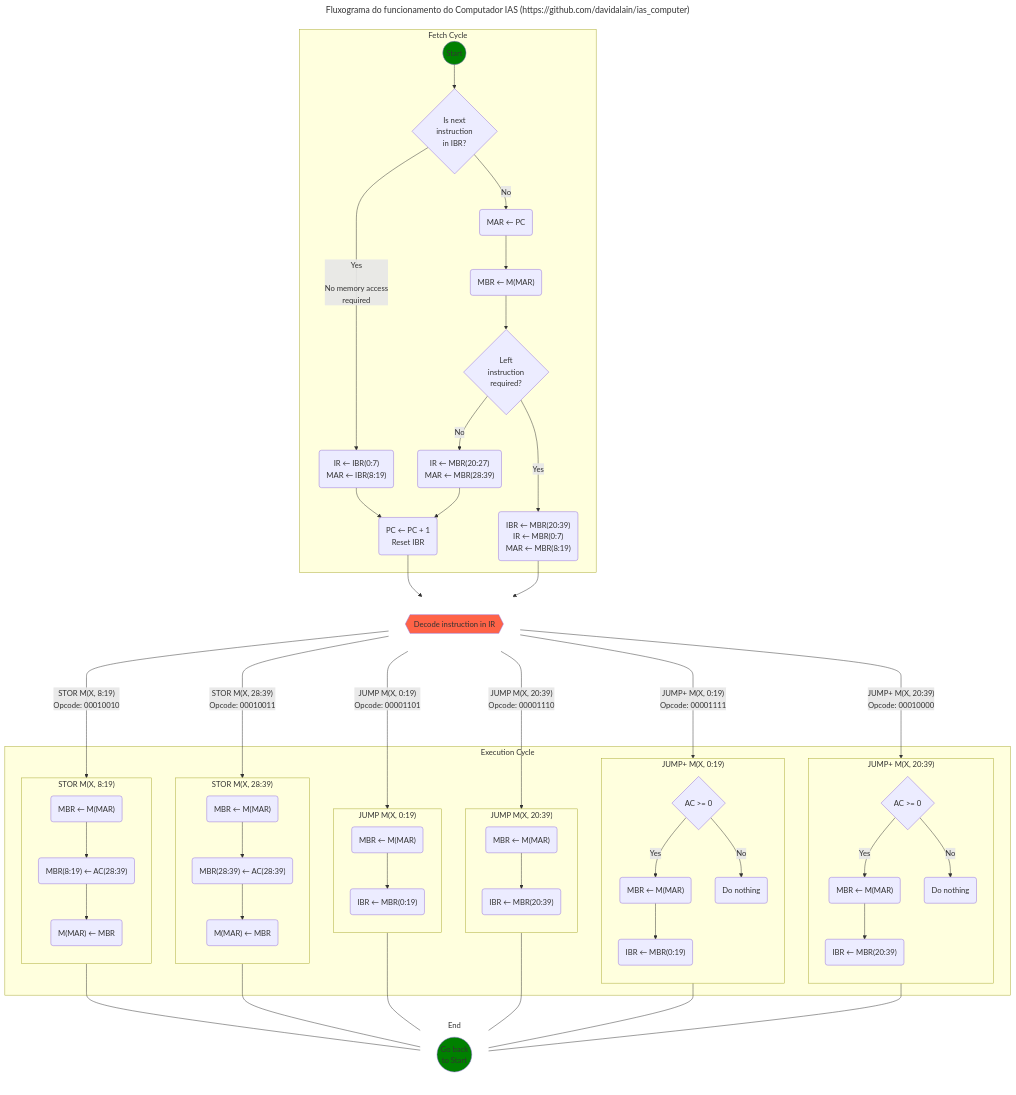
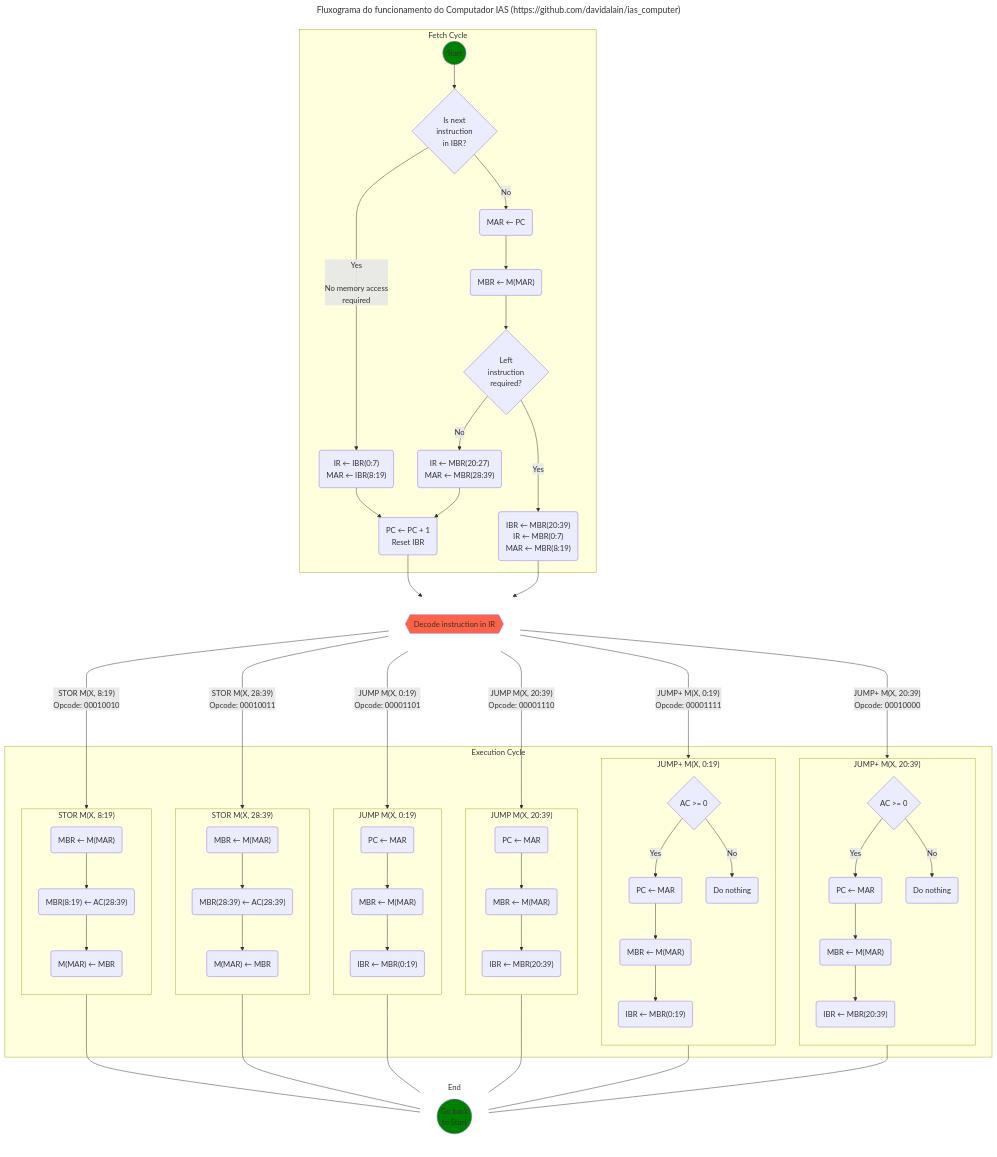
The diagram in mmd_files/flowchart_instrucoes_desvios_e_modificacao_endereco.mmd (davidalain/ias_computer), drawn with Mermaid before and after one commit. The commit also changed 1 other file, not shown here.

```diff
--- a/mmd_files/flowchart_instrucoes_desvios_e_modificacao_endereco.mmd
+++ b/mmd_files/flowchart_instrucoes_desvios_e_modificacao_endereco.mmd
@@ -1,165 +1,176 @@
 ---
 title:  Fluxograma do funcionamento do Computador IAS (https://github.com/davidalain/ias_computer)
 ---
 flowchart TB
 
 subgraph _fetch_cycle_ [Fetch Cycle]
     START((Start)):::greenClass --> B{"Is next
     instruction 
     in IBR?"}
     B --> |"Yes
 
     No memory access
     required"| F("IR ← IBR(0:7)
     MAR ← IBR(8:19)")
     F --> I
     B --> |No| C("MAR ← PC")
     C --> D("MBR ← M(MAR)")
     D --> E{"Left
     instruction
     required?"}
     E --> |No| H("IR ← MBR(20:27)
     MAR ← MBR(28:39)")
     E --> |Yes| G("IBR ← MBR(20:39)
     IR ← MBR(0:7)
     MAR ← MBR(8:19)")
     H --> I("PC ← PC + 1
     Reset IBR")
 end
 
 subgraph _decode_ [ ]
     I --> DECODE
     G --> DECODE
     DECODE{{"Decode instruction in IR"}}:::orangeClass
 
     style _decode_ fill:transparent,stroke:transparent
 
     direction TB
 end
 
 
 subgraph _execution_cycle_ [Execution Cycle]
 
     %%%% Instruções de desvio condicional, desvio incondicional e modificação de endereço
     %% [Eliane de Melo Cordeiro](https://github.com/ElianeCordeiro)
     %% [Flávio Filipe França Farias](https://github.com/trewq010)
     %% [Maria Eduarda Veloso Cânha](https://github.com/dudacanha)
     %% [Laura Maria Farias Silva](https://github.com/laura-farias-dev)
     %% [Wanessa Santana Ferreira](https://github.com/Wanessaa)
 
     DECODE --> |"STOR M(X, 8:19)
     Opcode: 00010010" | STOR_MXL
 
     %% A instrução STOR M(X, 8:19) substitui os bits de endereço da instrução esquerda, do bit 28 ao 39, de um local de memória chamado M(X), pelos bits do 28 ao 39 do acumulador (AC). Para isso, o processo passa pelo Registrador de Memória do Barramento (MBR), pois o AC não tem acesso direto à memória. Dessa forma, o conteúdo da memória tem que ser transferido para o MBR, que pode acessar tanto a memória quanto o AC. Então, o MBR substitui os bits do 8 ao 19 pelo conteúdo dos bits do 28 ao 39 do AC. Após a modificação, o conteúdo atualizado é transferido de volta para a memória M(X), finalizando o processo de modificação do campo de endereço da instrução esquerda em M(X).
 
     subgraph STOR_MXL ["STOR M(X, 8:19)"]
         STOR_MXL1("MBR ← M(MAR)")
         STOR_MXL2("MBR(8:19) ← AC(28:39)")
         STOR_MXL3("M(MAR) ← MBR")
 
         STOR_MXL1 --> STOR_MXL2
         STOR_MXL2 --> STOR_MXL3
         direction TB
     end
 
 
     DECODE --> |"STOR M(X, 28:39)
     Opcode: 00010011"|STOR_MXR 
 
     %% A instrução STOR M(X, 28:39) substitui os bits de endereço na instrução direita, do bit 28º ao 39º, de um local de memória chamado M(X), pelos respectivos bits do 28º ao 39º do acumulador (AC). Para isso, o processo passa pelo Registrador de Memória do Barramento (MBR), pois o AC não tem acesso direto à memória. Dessa forma, o conteúdo da memória tem que ser transferido para o MBR, que pode acessar tanto a memória quanto o AC.Então, o MBR substitui os bits do 28º ao 39º pelo conteúdo correspondente do AC. Após a modificação, o conteúdo atualizado é transferido de volta para a memória M(X), finalizando o processo de modificação do campo de endereço da instrução direita em M(X).
 
     subgraph STOR_MXR ["STOR M(X, 28:39)"]
         STOR_MXR1("MBR ← M(MAR)")
         STOR_MXR2("MBR(28:39) ← AC(28:39)")
         STOR_MXR3("M(MAR) ← MBR")
 
         STOR_MXR1 --> STOR_MXR2
         STOR_MXR2 --> STOR_MXR3
         direction TB
     end
 
 
     DECODE --> |"JUMP M(X, 0:19)
     Opcode: 00001101"|JUMP_ML
 
 	%% A instrução JUMP M(X, 0:19), ao receber o endereço de memória (MAR) do ciclo de busca, acessa a palavra de memória que contém duas intruções e armazena esse conteúdo no MBR. O endereço de memória presente na instrução localizada à esquerda desse conteúdo é lido e armazenado no contador de programa (PC). O que indica que o conteúdo apontado por esse endereço será executado no próximo ciclo de busca, independente do conteúdo do registrador IBR ou o que estava armazenado anteriormente em PC.
 
     subgraph JUMP_ML ["JUMP M(X, 0:19)"]
-	    JUMP_MXL1("MBR ← M(MAR)")
-        JUMP_MXL2("IBR ← MBR(0:19)")
+	    JUMP_MXL1("PC ← MAR")
+        JUMP_MXL2("MBR ← M(MAR)")
+        JUMP_MXL3("IBR ← MBR(0:19)")
 
         JUMP_MXL1 --> JUMP_MXL2
+        JUMP_MXL2 --> JUMP_MXL3
 
         direction TB
     end
 
 
     DECODE --> |"JUMP M(X, 20:39)
     Opcode: 00001110"|JUMP_MR
 
     %% A instrução JUMP M(X, 20:39),  ao receber o endereço de memória (MAR) do ciclo de busca, acessa a palavra de memória que contém duas intruções e armazena esse conteúdo no MBR. O endereço de memória presente na instrução localizada à direita desse conteúdo é lido e armazenado no contador de programa (PC). O que indica que o conteúdo apontado por esse endereço será executado no próximo ciclo de busca, independente do conteúdo do registrador IBR ou o que estava armazenado anteriormente em PC.
 
     subgraph JUMP_MR ["JUMP M(X, 20:39)"]
-        JUMP_MXR1("MBR ← M(MAR)")
-        JUMP_MXR2("IBR ← MBR(20:39)")
+        JUMP_MXR1("PC ← MAR")
+        JUMP_MXR2("MBR ← M(MAR)")
+        JUMP_MXR3("IBR ← MBR(20:39)")
 
         JUMP_MXR1 --> JUMP_MXR2
+        JUMP_MXR2 --> JUMP_MXR3
+
         direction TB
     end
 
 
     DECODE ----> |"JUMP+ M(X, 0:19)
     Opcode: 00001111"|JUMP+_ML
 
     %% A instrução JUMP+ M(X, 0:19) tem o efeito de saltar para a instrução esquerda da memória apenas se o valor contido no registrador AC for maior ou igual a zero, indicando que AC não é um número negativo. Caso contrário, se o valor em AC for negativo, o fluxo de execução continua normalmente, mantendo os mesmos valores nos registradores.
 
     subgraph JUMP+_ML ["JUMP+ M(X, 0:19)"]
         JUMP1_MXL1{"AC >= 0"}
-        JUMP1_MXL2("MBR ← M(MAR)")
-        JUMP1_MXL3("IBR ← MBR(0:19)")
+        JUMP1_MXL2("PC ← MAR")
+        JUMP1_MXL3("MBR ← M(MAR)")
+        JUMP1_MXL4("IBR ← MBR(0:19)")
         DO_NOTHING_L("Do nothing")
        
         JUMP1_MXL1 --> |Yes| JUMP1_MXL2
         JUMP1_MXL1 --> |No| DO_NOTHING_L
         JUMP1_MXL2 -->  JUMP1_MXL3
+        JUMP1_MXL3 -->  JUMP1_MXL4
+
         direction TB
     end
 
 
     DECODE ----> |"JUMP+ M(X, 20:39)
     Opcode: 00010000"|JUMP+_MR
 
     %% A instrução JUMP+ M(X, 20:39) tem o efeito de saltar para a instrução direita da memória apenas se o valor contido no registrador AC for maior ou igual a zero, indicando que AC não é um número negativo. Caso contrário, se o valor em AC for negativo, o fluxo de execução continua normalmente, mantendo os mesmos valores nos registradores.  
       
     subgraph JUMP+_MR ["JUMP+ M(X, 20:39)"]
         JUMP1_MXR1{"AC >= 0"}
-        JUMP1_MXR2("MBR ← M(MAR)")
-        JUMP1_MXR3("IBR ← MBR(20:39)")
+        JUMP1_MXR2("PC ← MAR")
+        JUMP1_MXR3("MBR ← M(MAR)")
+        JUMP1_MXR4("IBR ← MBR(20:39)")
         DO_NOTHING_R("Do nothing")
 
         JUMP1_MXR1 --> |Yes| JUMP1_MXR2
         JUMP1_MXR1 --> |No| DO_NOTHING_R
         JUMP1_MXR2 -->  JUMP1_MXR3
+        JUMP1_MXR3 -->  JUMP1_MXR4
+        
         direction TB
     end
 	
 end
 
 subgraph _end_ [End]
     style _end_ fill:transparent,stroke:transparent
 
     END(("Go back
     to Start")):::greenClass
 
     STOR_MXL --- END
     STOR_MXR --- END
     JUMP_ML --- END
     JUMP_MR --- END
     JUMP+_ML --- END
     JUMP+_MR --- END
 	
     direction TB
 end
 
 classDef greenClass fill:#008000
 classDef orangeClass fill:#FF6347
```
